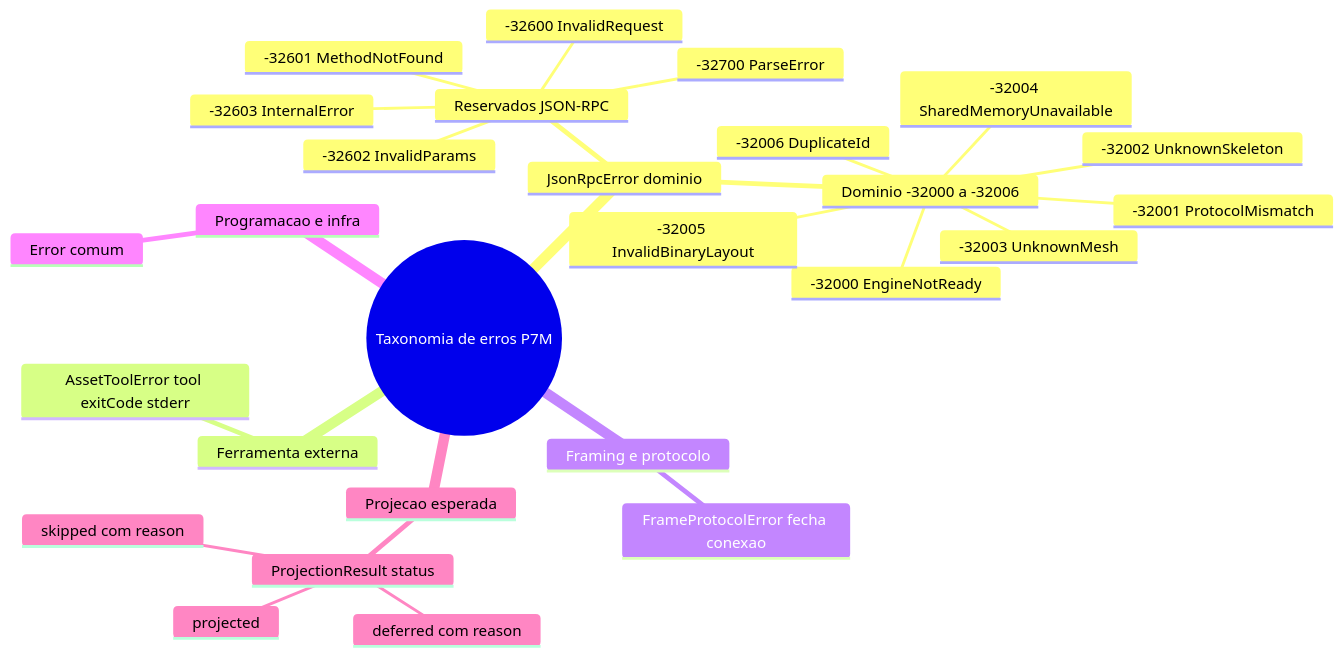
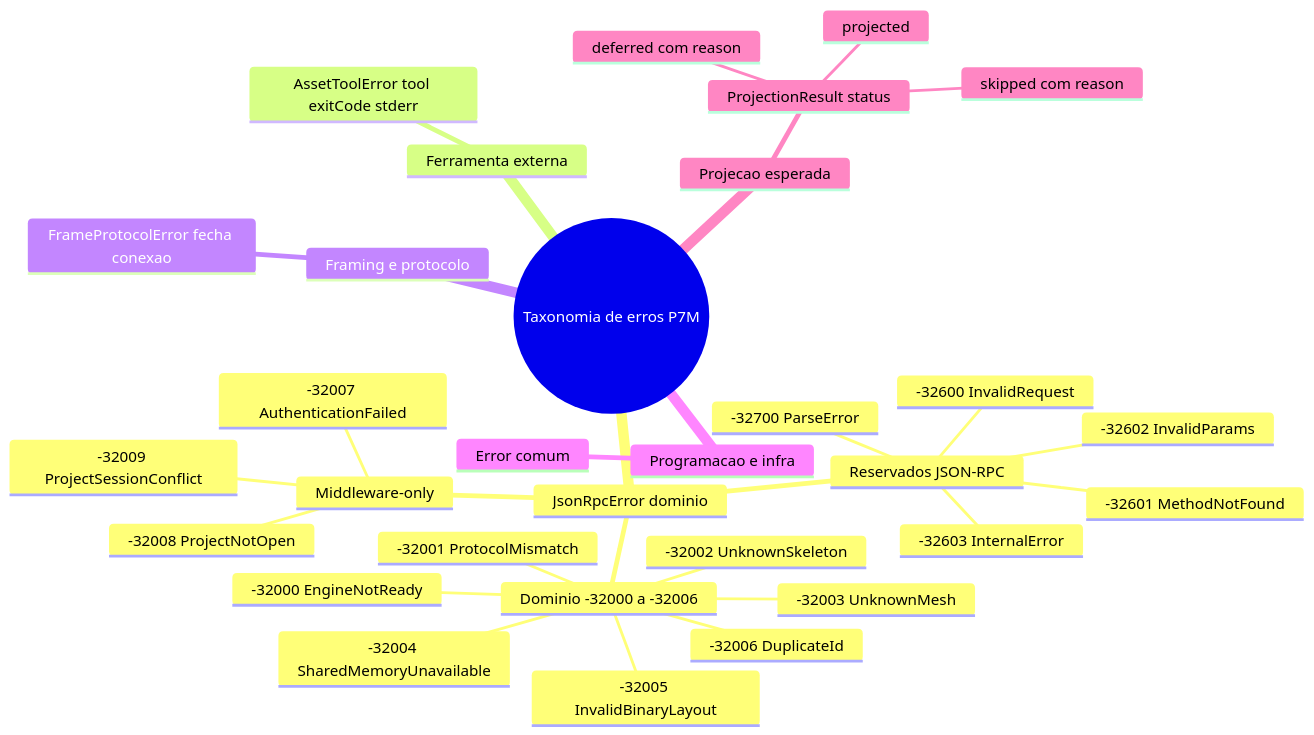
Before and after one commit to flaviotinococoutinho/Gridsmith: the fifth of 8 diagrams in docs/ARCHITECTURE-SPEC.md, drawn with Mermaid. The commit also changed other lines of this file and 68 other files, not shown here.

````diff
--- a/docs/ARCHITECTURE-SPEC.md
+++ b/docs/ARCHITECTURE-SPEC.md
@@ -758,30 +777,34 @@
 ```mermaid
 mindmap
   root(("Taxonomia de erros P7M"))
     JsonRpcError dominio
       Reservados JSON-RPC
         -32700 ParseError
         -32600 InvalidRequest
         -32601 MethodNotFound
         -32602 InvalidParams
         -32603 InternalError
       Dominio -32000 a -32006
         -32000 EngineNotReady
         -32001 ProtocolMismatch
         -32002 UnknownSkeleton
         -32003 UnknownMesh
         -32004 SharedMemoryUnavailable
         -32005 InvalidBinaryLayout
         -32006 DuplicateId
+      Middleware-only
+        -32007 AuthenticationFailed
+        -32008 ProjectNotOpen
+        -32009 ProjectSessionConflict
     Ferramenta externa
       AssetToolError tool exitCode stderr
     Framing e protocolo
       FrameProtocolError fecha conexao
     Programacao e infra
       Error comum
     Projecao esperada
       ProjectionResult status
         projected
         skipped com reason
         deferred com reason
 ```
````
